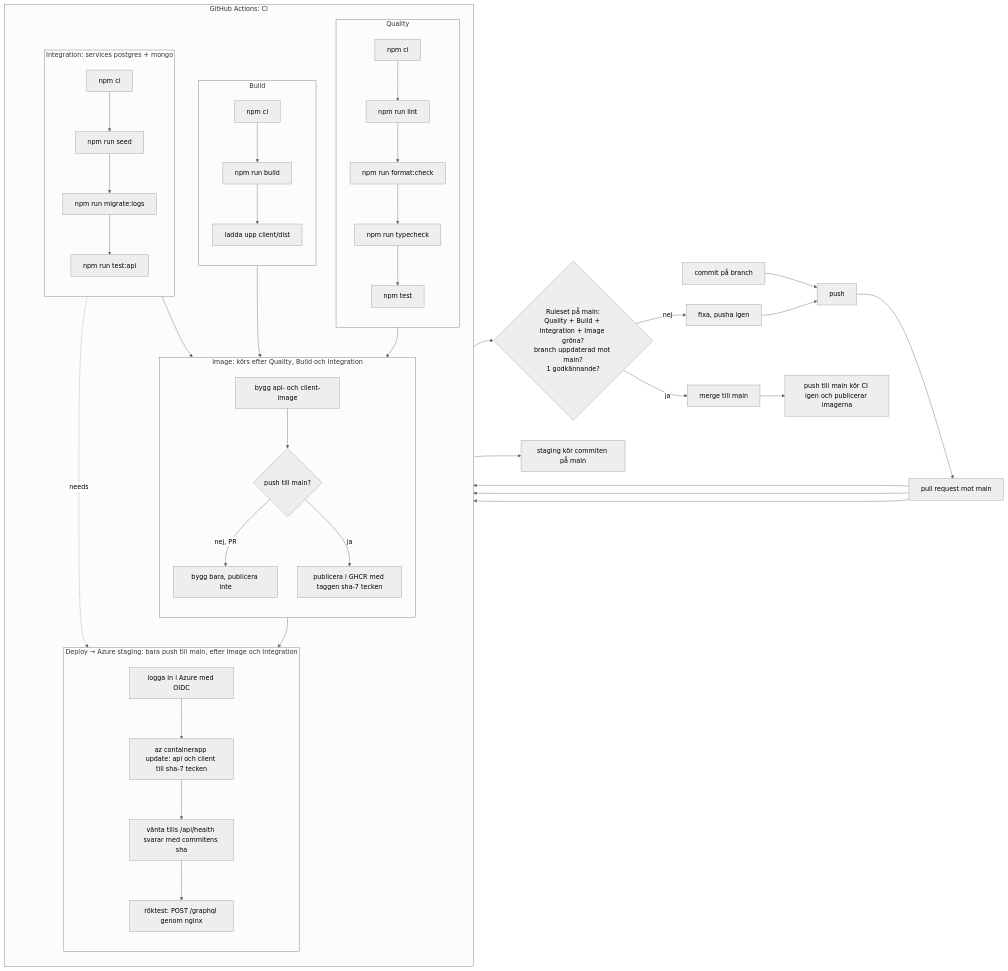
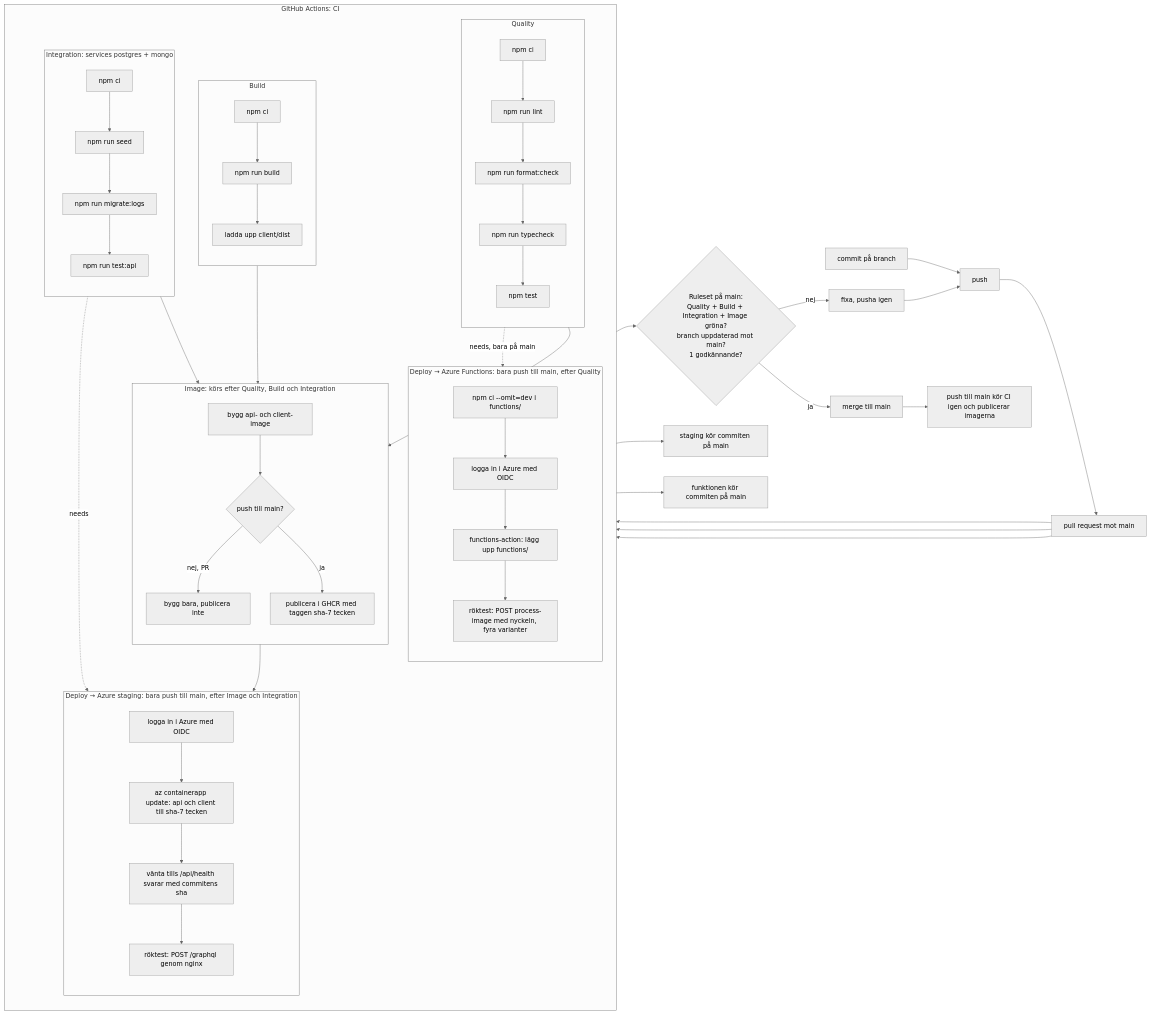
One commit to utpost-team/utpost changed the diagram in docs/pipeline.md. Above: the diagram before and after it, drawn with Mermaid (neutral theme). The commit also changed other lines of this file and 1 other file, not shown here.

Commit message:
ci: deploy functions/ to Azure Functions on push to main

````diff
--- a/docs/pipeline.md
+++ b/docs/pipeline.md
@@ -44,47 +47,55 @@
 ```mermaid
 flowchart LR
   B[commit på branch] --> P[push]
   P --> PR[pull request mot main]
 
   subgraph CI [GitHub Actions: CI]
     direction TB
     subgraph Q [Quality]
       direction TB
       Q1[npm ci] --> Q2[npm run lint] --> Q3[npm run format:check] --> Q5[npm run typecheck] --> Q4[npm test]
     end
     subgraph BU [Build]
       direction TB
       B1[npm ci] --> B2[npm run build] --> B3[ladda upp client/dist]
     end
     subgraph IN [Integration: services postgres + mongo]
       direction TB
       N1[npm ci] --> N2[npm run seed] --> N3[npm run migrate:logs] --> N4[npm run test:api]
     end
     subgraph IM [Image: körs efter Quality, Build och Integration]
       direction TB
       I1[bygg api- och client-image] --> I2{push till main?}
       I2 -->|nej, PR| I3[bygg bara, publicera inte]
       I2 -->|ja| I4[publicera i GHCR med taggen sha-7 tecken]
     end
     subgraph DE [Deploy → Azure staging: bara push till main, efter Image och Integration]
       direction TB
       D1[logga in i Azure med OIDC] --> D2[az containerapp update: api och client till sha-7 tecken]
       D2 --> D3[vänta tills /api/health svarar med commitens sha]
       D3 --> D4[röktest: POST /graphql genom nginx]
     end
+    subgraph FN [Deploy → Azure Functions: bara push till main, efter Quality]
+      direction TB
+      F1[npm ci --omit=dev i functions/] --> F2[logga in i Azure med OIDC]
+      F2 --> F3[functions-action: lägg upp functions/]
+      F3 --> F4[röktest: POST process-image med nyckeln, fyra varianter]
+    end
   end
 
   PR --> Q1
   PR --> B1
   PR --> N1
   Q4 --> I1
   B3 --> I1
   N4 --> I1
   I3 --> S{Ruleset på main:<br/>Quality + Build + Integration + Image gröna?<br/>branch uppdaterad mot main?<br/>1 godkännande?}
   S -->|nej| F[fixa, pusha igen] --> P
   S -->|ja| M[merge till main]
   M --> MAIN[push till main kör CI igen och publicerar imagerna]
   I4 --> D1
   N4 -.->|needs| D1
   D4 --> STG[staging kör commiten på main]
+  Q4 -.->|needs, bara på main| F1
+  F4 --> FNL[funktionen kör commiten på main]
 ```
````
